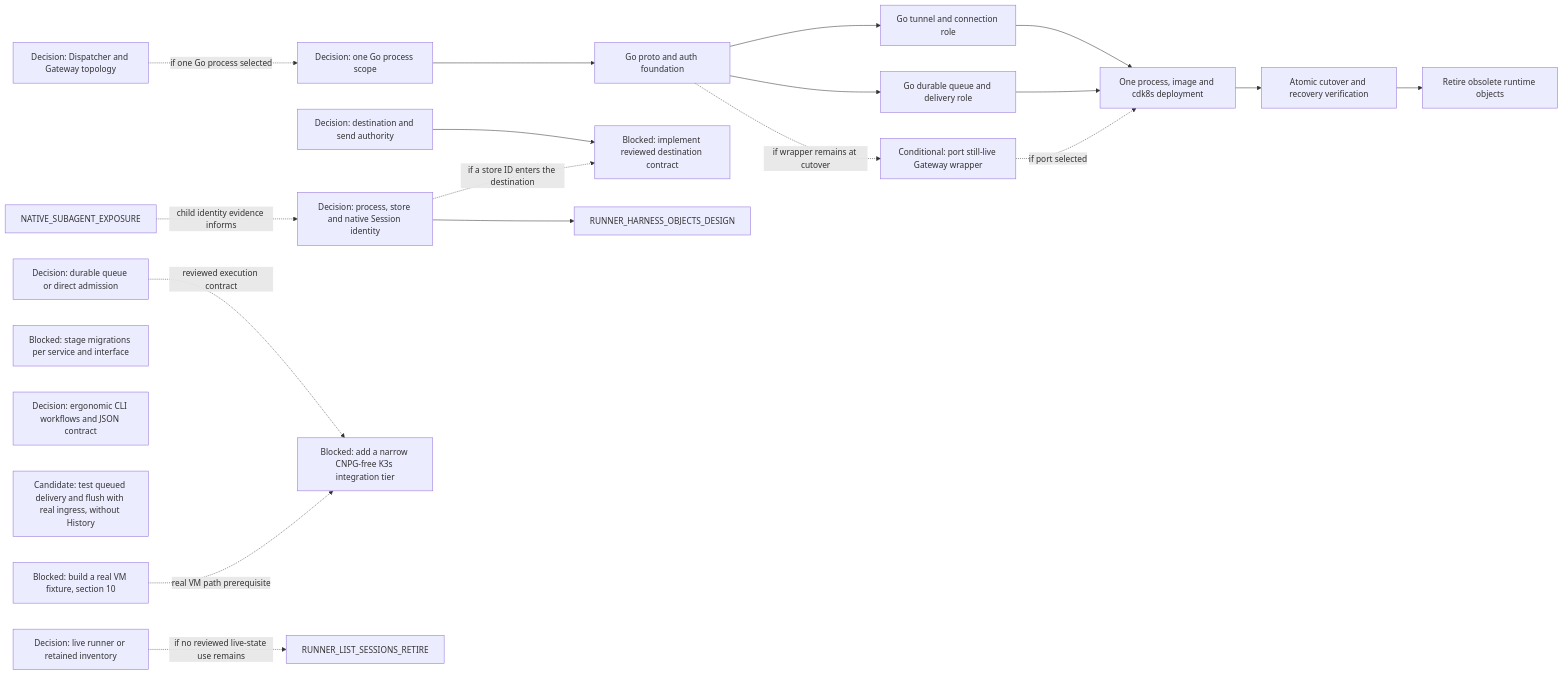
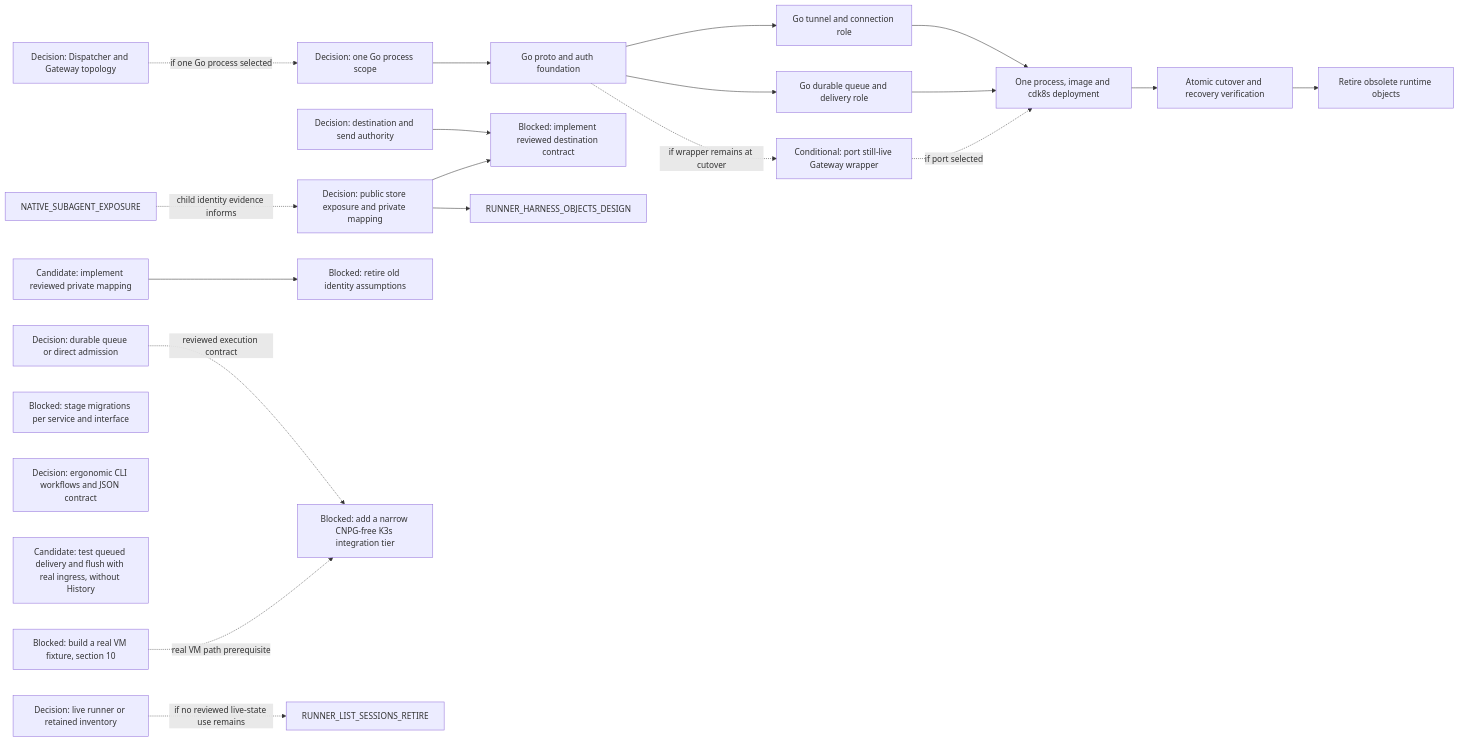
Diagram 17 of 17 in agentplane/plans/task_dag.md (agentydragon-agent/ducktape), drawn with Mermaid before and after one commit. The commit also changed other lines of this file and 1 other file, not shown here.

````diff
--- a/agentplane/plans/task_dag.md
+++ b/agentplane/plans/task_dag.md
@@ -1495,39 +1497,42 @@
 ```mermaid
 flowchart LR
     DISPATCHER_PERSISTENCE_MODEL_DESIGN[Decision: durable queue or direct admission]
     DISPATCHER_GATEWAY_TOPOLOGY_DESIGN[Decision: Dispatcher and Gateway topology]
     DELIVERY_UNIFICATION_SCOPE_DECISION[Decision: one Go process scope]
     DELIVERY_GO_PROTOCOL_AUTH[Go proto and auth foundation]
     DELIVERY_GO_GATEWAY[Go tunnel and connection role]
     DELIVERY_GO_DISPATCHER[Go durable queue and delivery role]
     DELIVERY_GO_LEGACY_WRAPPER[Conditional: port still-live Gateway wrapper]
     DELIVERY_GO_INTEGRATION[One process, image and cdk8s deployment]
     DELIVERY_UNIFIED_CUTOVER[Atomic cutover and recovery verification]
     DELIVERY_OLD_RUNTIME_RETIRE[Retire obsolete runtime objects]
     RUNNER_INVENTORY_AUTHORITY_DESIGN[Decision: live runner or retained inventory]
     DELIVERY_DESTINATION_AUTHORITY_DESIGN[Decision: destination and send authority]
     DELIVERY_DESTINATION_CONTRACT[Blocked: implement reviewed destination contract]
-    HARNESS_IDENTITY_DESIGN[Decision: process, store and native Session identity]
+    HARNESS_IDENTITY_DESIGN[Decision: public store exposure and private mapping]
+    RUNNER_STORE_SESSION_IDENTITY[Candidate: implement reviewed private mapping]
+    RUNNER_IDENTITY_LEGACY_CLEANUP[Blocked: retire old identity assumptions]
     SERVICE_API_TRANSPORT_MIGRATIONS[Blocked: stage migrations per service and interface]
     AGENT_API_TOOLING_DESIGN[Decision: ergonomic CLI workflows and JSON contract]
     RUNNER_DELIVERY_INGRESS_ACCEPTANCE[Candidate: test queued delivery and flush with real ingress, without History]
     CNPG_FREE_K3S_INTEGRATION_TIER[Blocked: add a narrow CNPG-free K3s integration tier]
     K3S_VM_IMAGE[Blocked: build a real VM fixture, section 10]
     DISPATCHER_GATEWAY_TOPOLOGY_DESIGN -. if one Go process selected .-> DELIVERY_UNIFICATION_SCOPE_DECISION
     DELIVERY_UNIFICATION_SCOPE_DECISION --> DELIVERY_GO_PROTOCOL_AUTH
     DELIVERY_GO_PROTOCOL_AUTH --> DELIVERY_GO_GATEWAY
     DELIVERY_GO_PROTOCOL_AUTH --> DELIVERY_GO_DISPATCHER
     DELIVERY_GO_PROTOCOL_AUTH -. if wrapper remains at cutover .-> DELIVERY_GO_LEGACY_WRAPPER
     DELIVERY_GO_GATEWAY --> DELIVERY_GO_INTEGRATION
     DELIVERY_GO_DISPATCHER --> DELIVERY_GO_INTEGRATION
     DELIVERY_GO_LEGACY_WRAPPER -. if port selected .-> DELIVERY_GO_INTEGRATION
     DELIVERY_GO_INTEGRATION --> DELIVERY_UNIFIED_CUTOVER
     DELIVERY_UNIFIED_CUTOVER --> DELIVERY_OLD_RUNTIME_RETIRE
     RUNNER_INVENTORY_AUTHORITY_DESIGN -. if no reviewed live-state use remains .-> RUNNER_LIST_SESSIONS_RETIRE
     DELIVERY_DESTINATION_AUTHORITY_DESIGN --> DELIVERY_DESTINATION_CONTRACT
-    HARNESS_IDENTITY_DESIGN -. if a store ID enters the destination .-> DELIVERY_DESTINATION_CONTRACT
+    HARNESS_IDENTITY_DESIGN --> DELIVERY_DESTINATION_CONTRACT
+    RUNNER_STORE_SESSION_IDENTITY --> RUNNER_IDENTITY_LEGACY_CLEANUP
     NATIVE_SUBAGENT_EXPOSURE -. child identity evidence informs .-> HARNESS_IDENTITY_DESIGN
     HARNESS_IDENTITY_DESIGN --> RUNNER_HARNESS_OBJECTS_DESIGN
     DISPATCHER_PERSISTENCE_MODEL_DESIGN -. reviewed execution contract .-> CNPG_FREE_K3S_INTEGRATION_TIER
     K3S_VM_IMAGE -. real VM path prerequisite .-> CNPG_FREE_K3S_INTEGRATION_TIER
 ```
````
